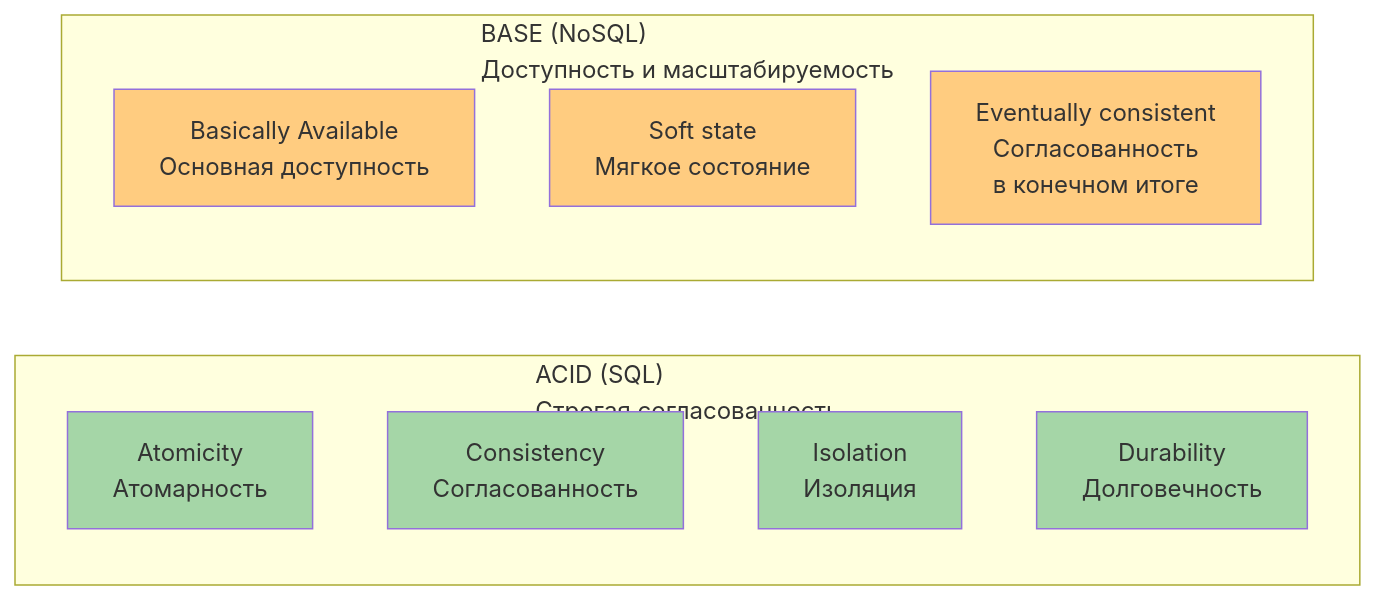
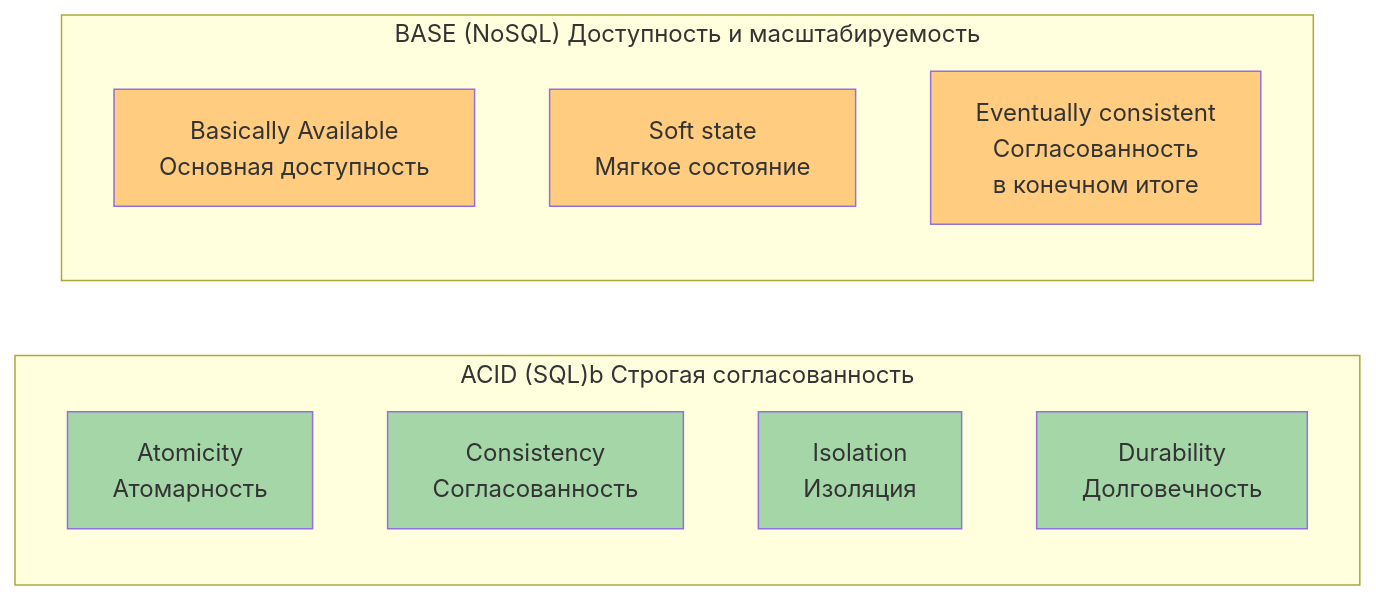
The fourth of 19 diagrams in section_5_databases/lectures/lecture_32_data_storage_technologies.md (madhowl/1731-v2), drawn with Mermaid before and after one commit.

````diff
--- a/section_5_databases/lectures/lecture_32_data_storage_technologies.md
+++ b/section_5_databases/lectures/lecture_32_data_storage_technologies.md
@@ -95,23 +95,23 @@
 ```mermaid
 graph LR
-    subgraph "ACID (SQL)<br/>Строгая согласованность"
+    subgraph "ACID (SQL)b Строгая согласованность"
         A[Atomicity<br/>Атомарность]
         B[Consistency<br/>Согласованность]
         C[Isolation<br/>Изоляция]
         D[Durability<br/>Долговечность]
     end
     
-    subgraph "BASE (NoSQL)<br/>Доступность и масштабируемость"
+    subgraph "BASE (NoSQL) Доступность и масштабируемость"
         E[Basically Available<br/>Основная доступность]
         F[Soft state<br/>Мягкое состояние]
         G[Eventually consistent<br/>Согласованность<br/>в конечном итоге]
     end
     
     style A fill:#a5d6a7
     style B fill:#a5d6a7
     style C fill:#a5d6a7
     style D fill:#a5d6a7
     style E fill:#ffcc80
     style F fill:#ffcc80
     style G fill:#ffcc80
 ```
````
